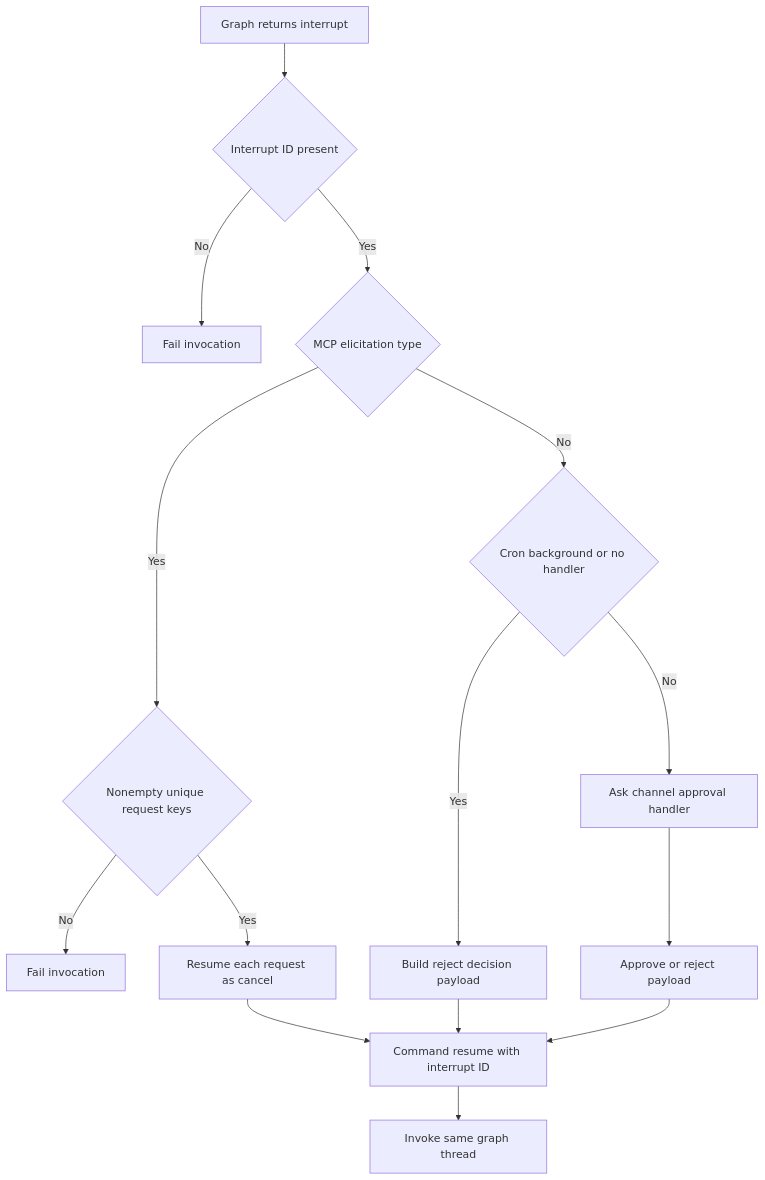
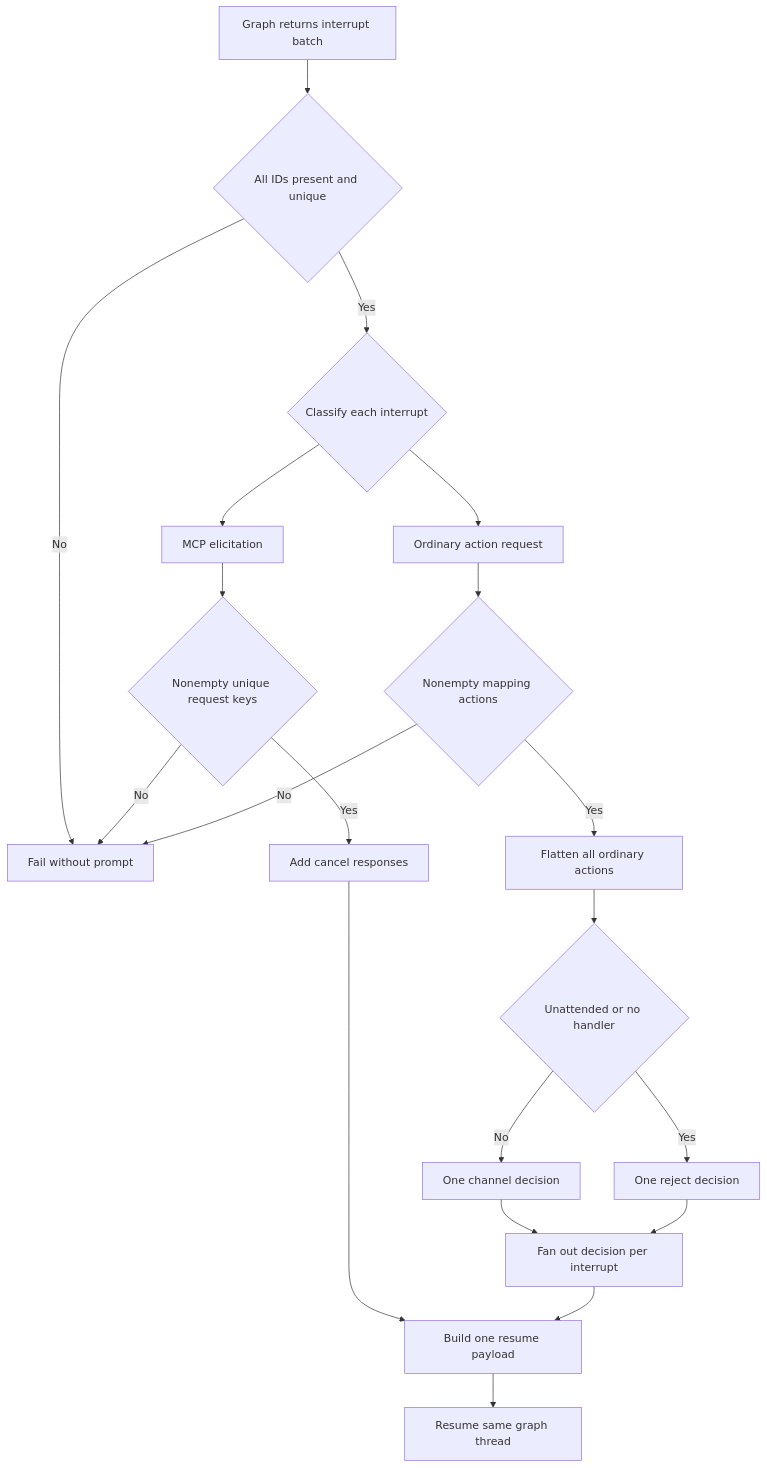
Before and after one commit to langchain-ai/deepagents: the second of 2 diagrams in openwiki/concepts/permissions-hitl.md, drawn with Mermaid. The commit also changed other lines of this file and 26 other files, not shown here.

````diff
--- a/openwiki/concepts/permissions-hitl.md
+++ b/openwiki/concepts/permissions-hitl.md
@@ -150,17 +127,22 @@
 ```mermaid
 flowchart TD
-    State["Graph returns interrupt"] --> Id{"Interrupt ID present"}
-    Id -->|No| Failure["Fail invocation"]
-    Id -->|Yes| Kind{"MCP elicitation type"}
-    Kind -->|Yes| Validate{"Nonempty unique request keys"}
-    Validate -->|No| ElicitFailure["Fail invocation"]
-    Validate -->|Yes| Cancel["Resume each request as cancel"]
-    Kind -->|No| Context{"Cron background or no handler"}
-    Context -->|Yes| Reject["Build reject decision payload"]
-    Context -->|No| Channel["Ask channel approval handler"]
-    Channel --> Decision["Approve or reject payload"]
-    Cancel --> Resume["Command resume with interrupt ID"]
-    Reject --> Resume
-    Decision --> Resume
-    Resume --> Invoke["Invoke same graph thread"]
+    Returned["Graph returns interrupt batch"] --> IDs{"All IDs present and unique"}
+    IDs -->|No| Fail["Fail without prompt"]
+    IDs -->|Yes| Split{"Classify each interrupt"}
+    Split --> Elicit["MCP elicitation"]
+    Elicit --> ElicitValid{"Nonempty unique request keys"}
+    ElicitValid -->|No| Fail
+    ElicitValid -->|Yes| Cancel["Add cancel responses"]
+    Split --> Ordinary["Ordinary action request"]
+    Ordinary --> ActionValid{"Nonempty mapping actions"}
+    ActionValid -->|No| Fail
+    ActionValid -->|Yes| Aggregate["Flatten all ordinary actions"]
+    Aggregate --> Decide{"Unattended or no handler"}
+    Decide -->|Yes| Deny["One reject decision"]
+    Decide -->|No| Prompt["One channel decision"]
+    Prompt --> Fanout["Fan out decision per interrupt"]
+    Deny --> Fanout
+    Cancel --> Resume["Build one resume payload"]
+    Fanout --> Resume
+    Resume --> Invoke["Resume same graph thread"]
 ```
````
